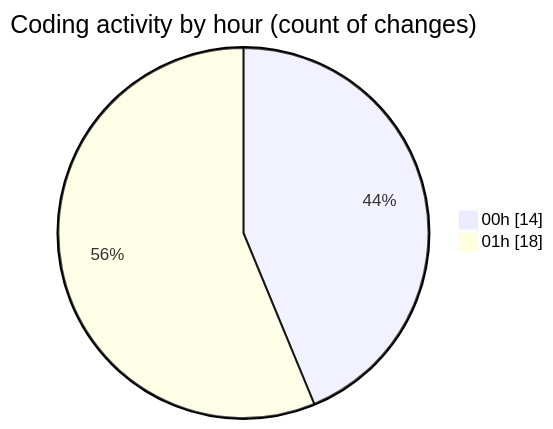
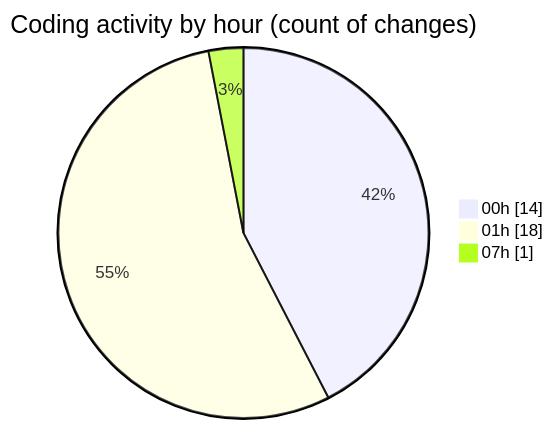
One commit to idhammustaqopulfikri/code-tracking changed the second of 2 diagrams in 2025-06-23/studio-backend/README.md. Above: the diagram before and after it, drawn with Mermaid. The commit also changed other lines of this file and 1 other file, not shown here.

````diff
--- a/2025-06-23/studio-backend/README.md
+++ b/2025-06-23/studio-backend/README.md
@@ -29,6 +29,7 @@
 ```mermaid
 pie showData
 title Coding activity by hour (count of changes)
 "00h" : 14
 "01h" : 18
+"07h" : 1
 ```
````
